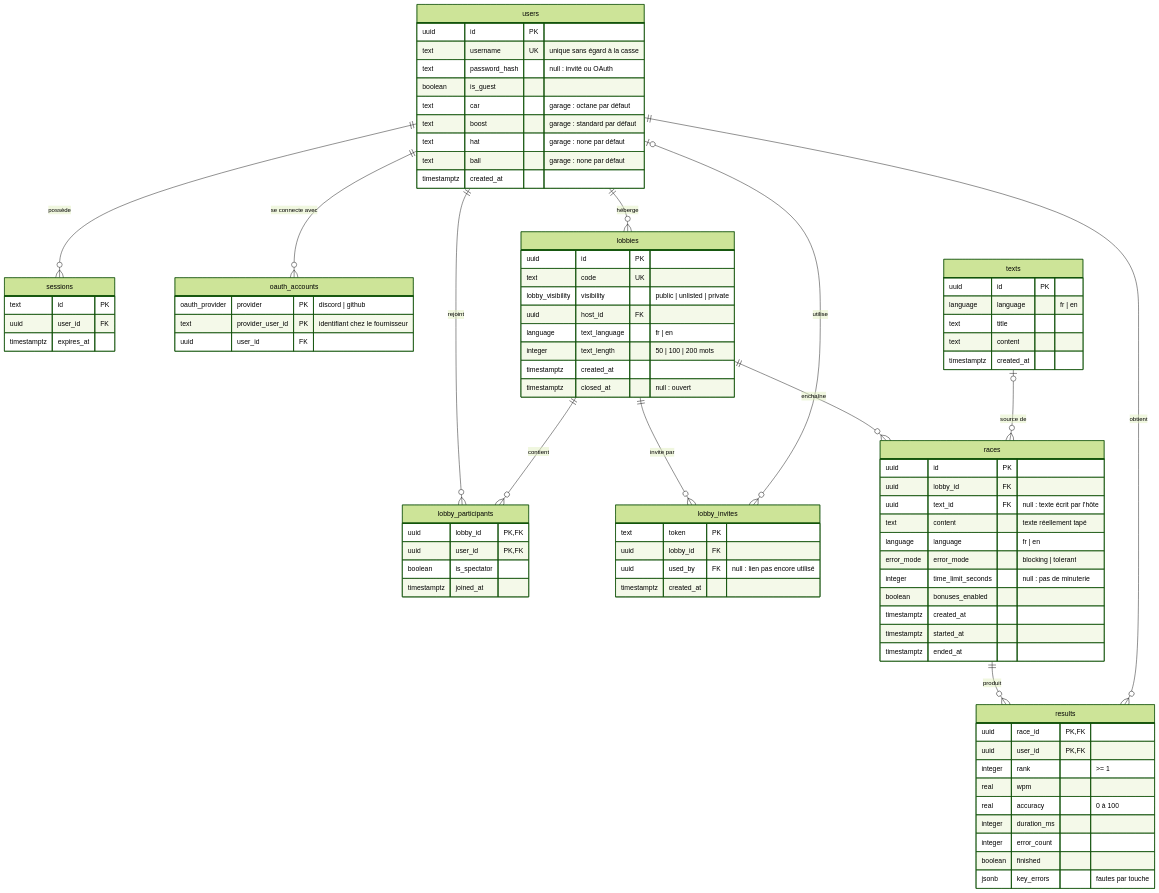
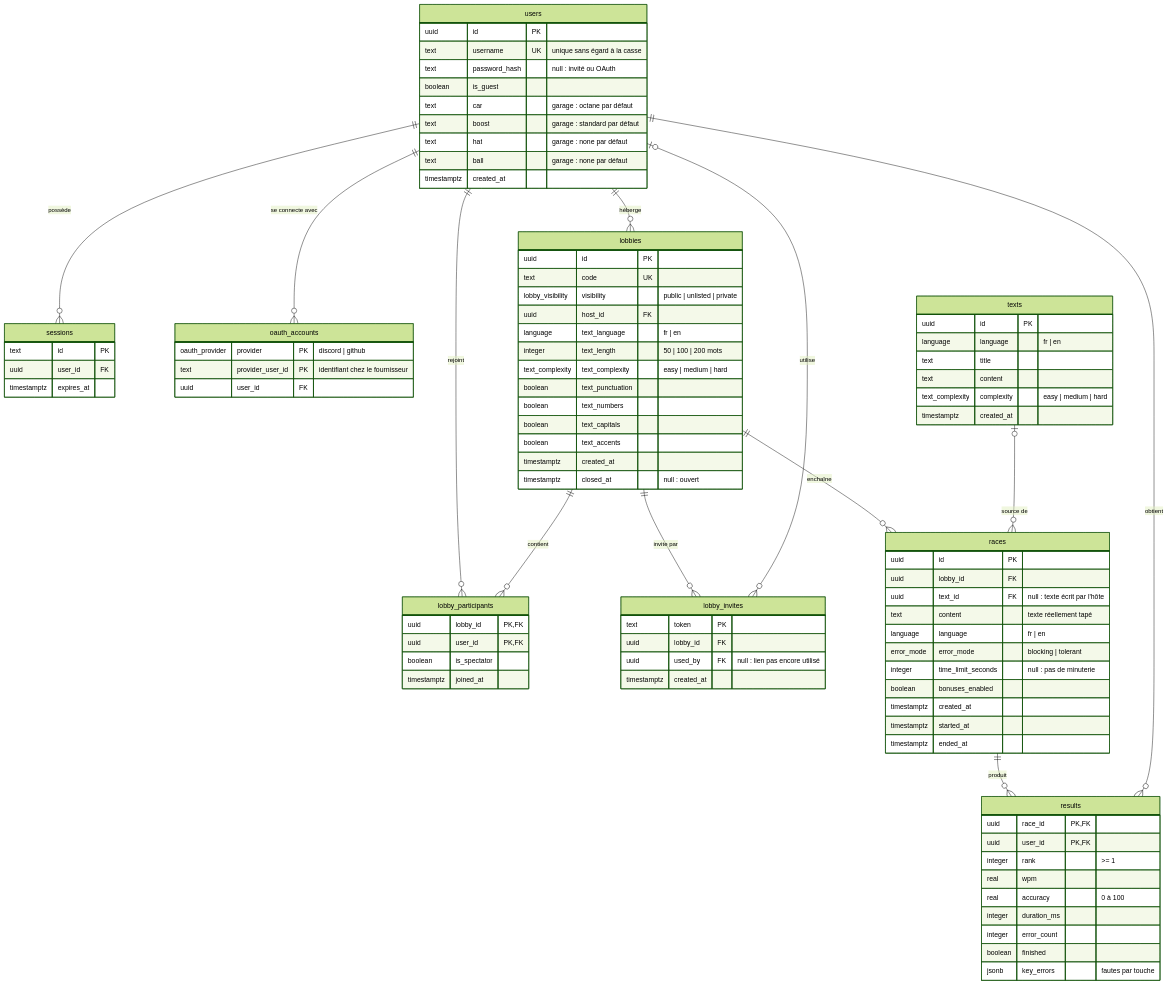
The first of 4 diagrams in docs/ARCHITECTURE.md (Madlodon/taype-in), drawn with Mermaid (forest theme) before and after one commit. The commit also changed other lines of this file and 1 other file, not shown here.

Commit message:
Document text complexity criteria and options

```diff
--- a/docs/ARCHITECTURE.md
+++ b/docs/ARCHITECTURE.md
@@ -49,6 +49,7 @@
         language language "fr | en"
         text title
         text content
+        text_complexity complexity "easy | medium | hard"
         timestamptz created_at
     }
 
@@ -59,6 +60,11 @@
         uuid host_id FK
         language text_language "fr | en"
         integer text_length "50 | 100 | 200 mots"
+        text_complexity text_complexity "easy | medium | hard"
+        boolean text_punctuation
+        boolean text_numbers
+        boolean text_capitals
+        boolean text_accents
         timestamptz created_at
         timestamptz closed_at "null : ouvert"
     }
```
